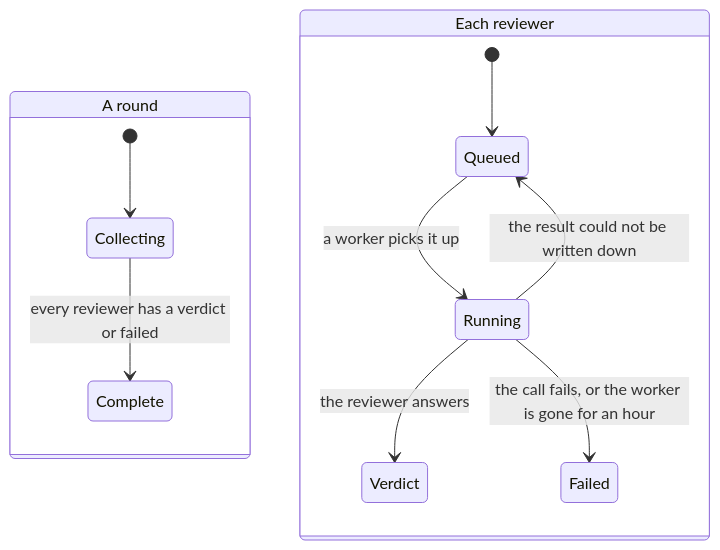
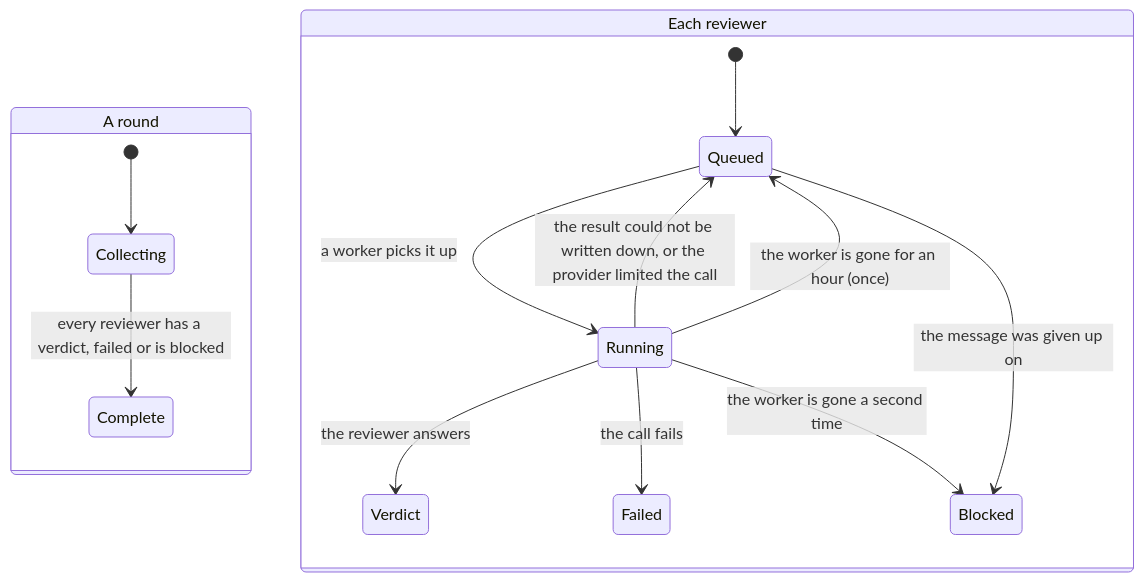
Before and after one commit to shinyredapples/intakt: the fourth of 5 diagrams in docs/guide/symfony-in-intakt.md, drawn with Mermaid. The commit also changed other lines of this file and 4 other files, not shown here.

````diff
--- a/docs/guide/symfony-in-intakt.md
+++ b/docs/guide/symfony-in-intakt.md
@@ -88,14 +88,17 @@
 ```mermaid
 stateDiagram-v2
   state "A round" as Round {
     [*] --> Collecting
-    Collecting --> Complete: every reviewer has a verdict or failed
+    Collecting --> Complete: every reviewer has a verdict, failed or is blocked
   }
   state "Each reviewer" as Reviewer {
     [*] --> Queued
     Queued --> Running: a worker picks it up
     Running --> Verdict: the reviewer answers
-    Running --> Failed: the call fails, or the worker is gone for an hour
-    Running --> Queued: the result could not be written down
+    Running --> Failed: the call fails
+    Running --> Queued: the result could not be written down, or the provider limited the call
+    Running --> Queued: the worker is gone for an hour (once)
+    Running --> Blocked: the worker is gone a second time
+    Queued --> Blocked: the message was given up on
   }
 ```
````
